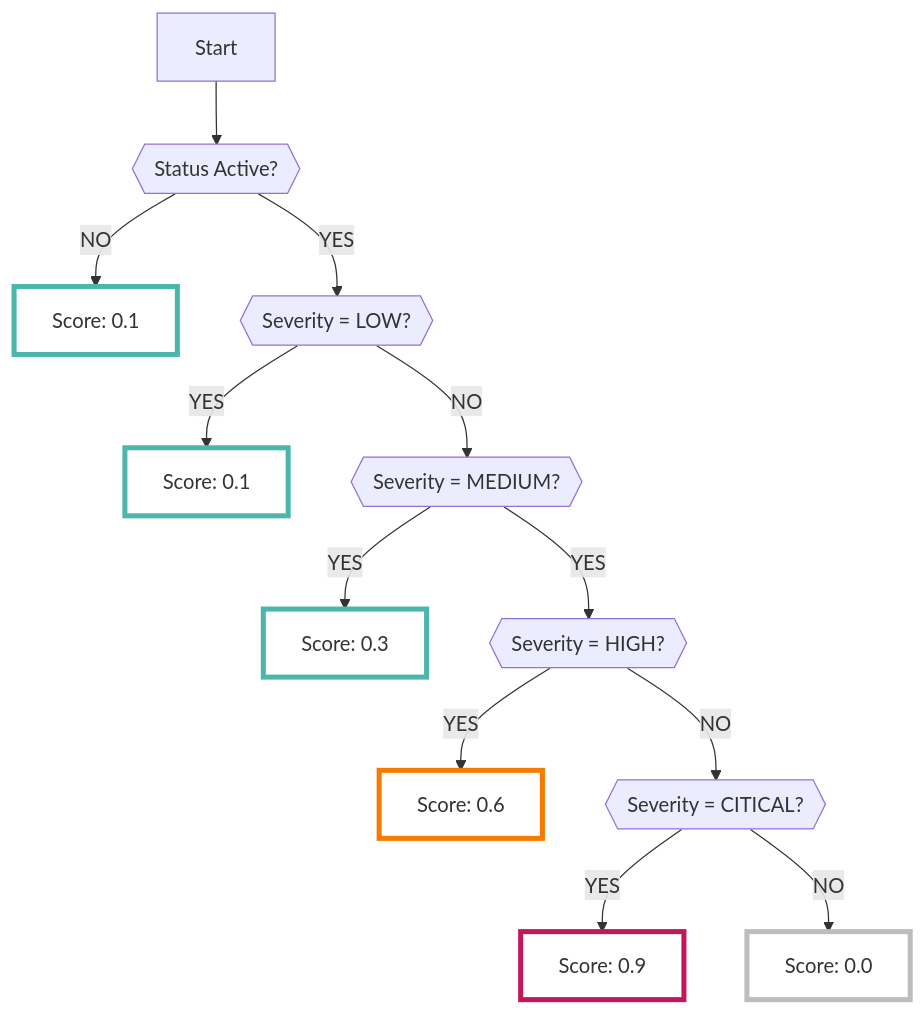
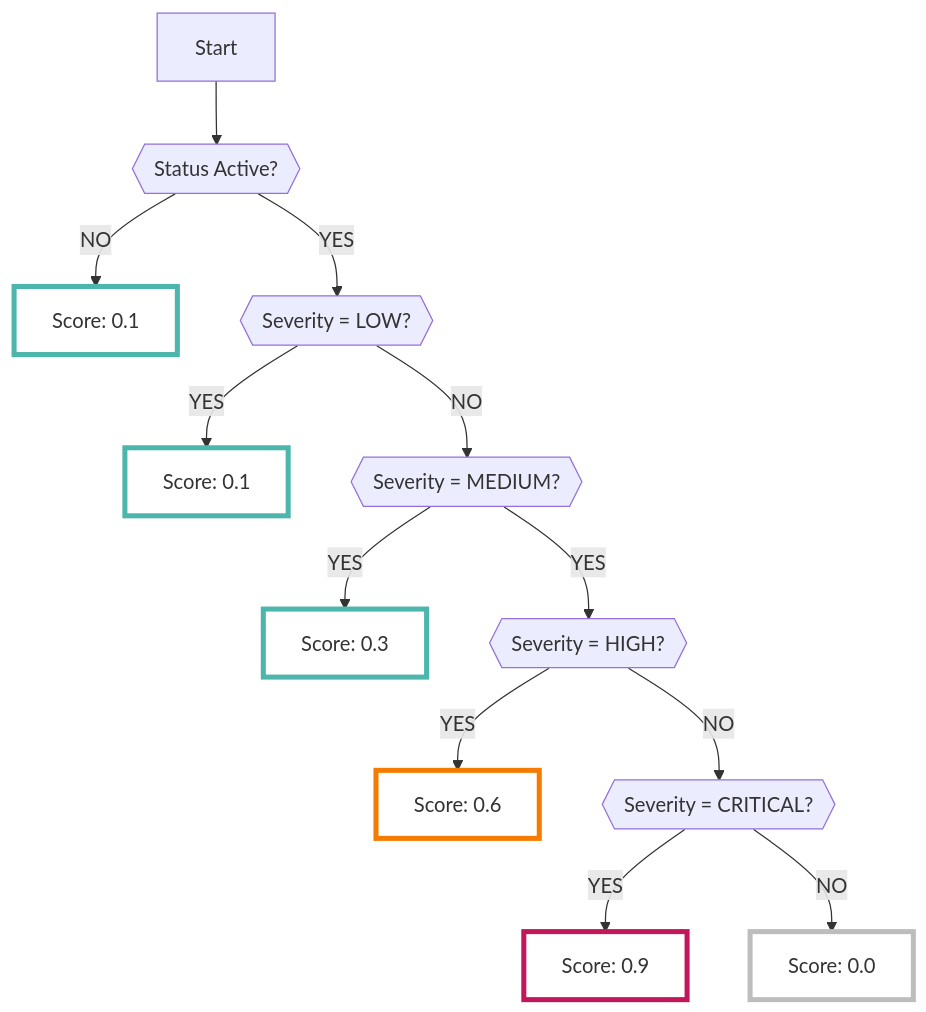
The diagram in docs/google/scc.md (ca-risken/doc), drawn with Mermaid before and after one commit. The commit also changed 1 other file, not shown here.

Commit message:
誤字と思われる内容を修正

````diff
--- a/docs/google/scc.md
+++ b/docs/google/scc.md
@@ -37,18 +37,18 @@
 ```mermaid
 graph TD
     A[Start] --> B{{Status Active?}};
     B -->|NO| C[Score: 0.1]:::low;
     B -->|YES| D{{Severity = LOW?}};
     D -->|YES| E[Score: 0.1]:::low;
     D -->|NO| F{{Severity = MEDIUM?}};
     F -->|YES| G[Score: 0.3]:::low;
     F -->|YES| H{{Severity = HIGH?}};
     H -->|YES| I[Score: 0.6]:::mid;
-    H -->|NO| J{{Severity = CITICAL?}};
+    H -->|NO| J{{Severity = CRITICAL?}};
     J -->|YES| K[Score: 0.9]:::high;
     J -->|NO| L[Score: 0.0]:::unknown;
     classDef high fill:#FFFFFF,stroke:#C2185B,stroke-width:4px;
     classDef mid fill:#FFFFFF,stroke:#F57C00,stroke-width:4px;
     classDef low fill:#FFFFFF,stroke:#4DB6AC,stroke-width:4px;
     classDef unknown fill:#FFFFFF,stroke:#BDBDBD,stroke-width:4px;
 ```
````
